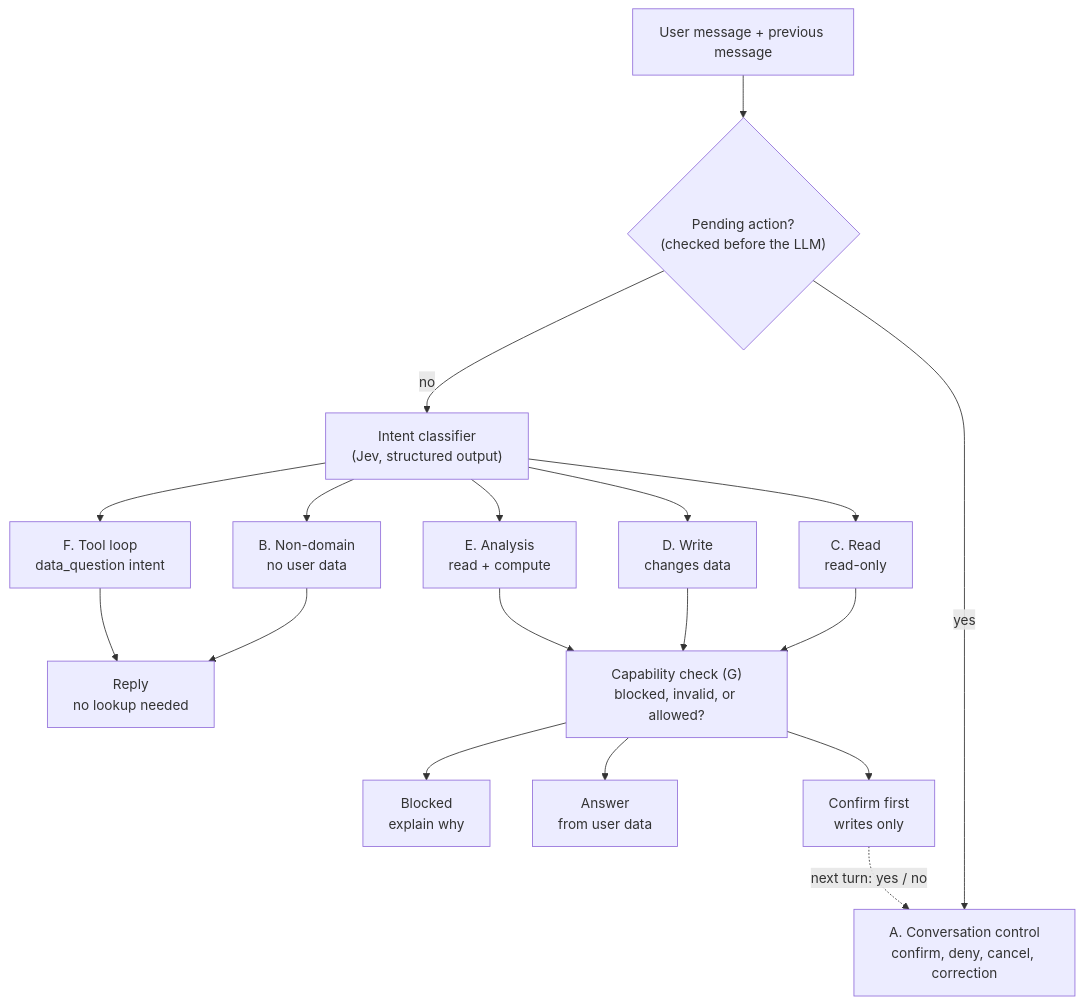
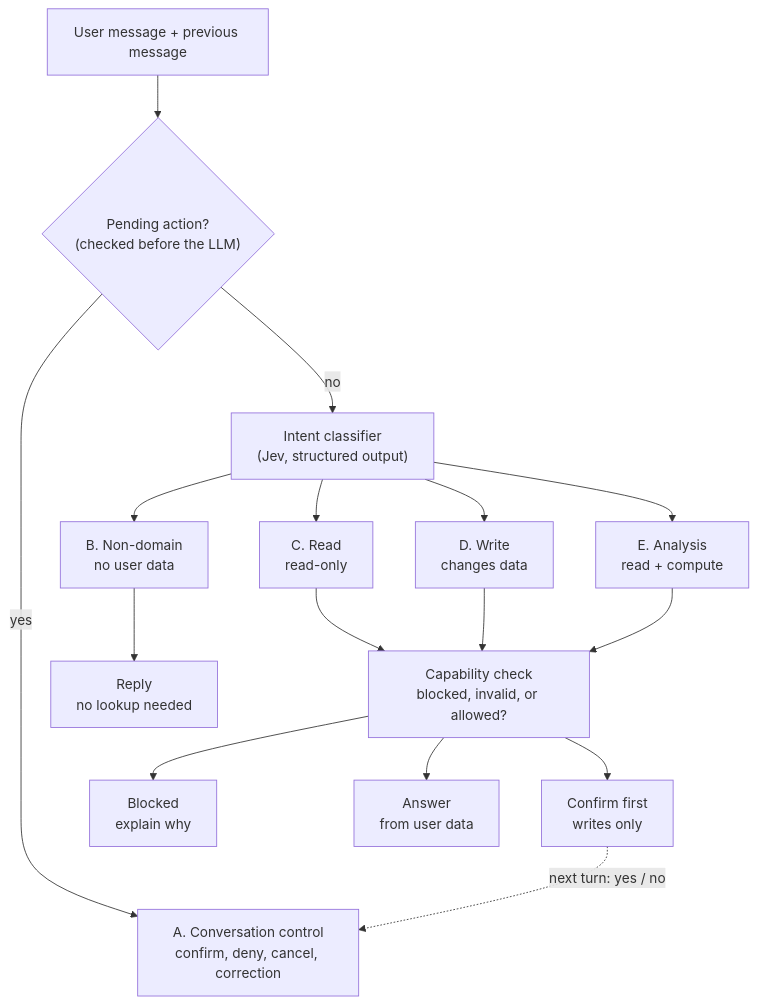
The first of 2 diagrams in docs/CHAT_ASSISTANT.md (junielo/savvist-junielo), drawn with Mermaid before and after one commit. The commit also changed other lines of this file, not shown here.

First line of the commit message:
docs: streamline and condense chat assistant architecture guide

````diff
--- a/docs/CHAT_ASSISTANT.md
+++ b/docs/CHAT_ASSISTANT.md
@@ -161,20 +92,18 @@
 ```mermaid
 flowchart TD
   M["User message + previous message"] --> P{"Pending action?<br/>(checked before the LLM)"}
   P -- yes --> A["A. Conversation control<br/>confirm, deny, cancel, correction"]
   P -- no --> CL["Intent classifier<br/>(Jev, structured output)"]
   CL --> B["B. Non-domain<br/>no user data"]
   CL --> C["C. Read<br/>read-only"]
   CL --> D["D. Write<br/>changes data"]
   CL --> E["E. Analysis<br/>read + compute"]
-  CL --> TL["F. Tool loop<br/>data_question intent"]
   B --> RP["Reply<br/>no lookup needed"]
-  C --> CC["Capability check (G)<br/>blocked, invalid, or allowed?"]
+  C --> CC["Capability check<br/>blocked, invalid, or allowed?"]
   D --> CC
   E --> CC
   CC --> BL["Blocked<br/>explain why"]
   CC --> AN["Answer<br/>from user data"]
   CC --> CF["Confirm first<br/>writes only"]
-  TL --> RP
   CF -. "next turn: yes / no" .-> A
 ```
````
